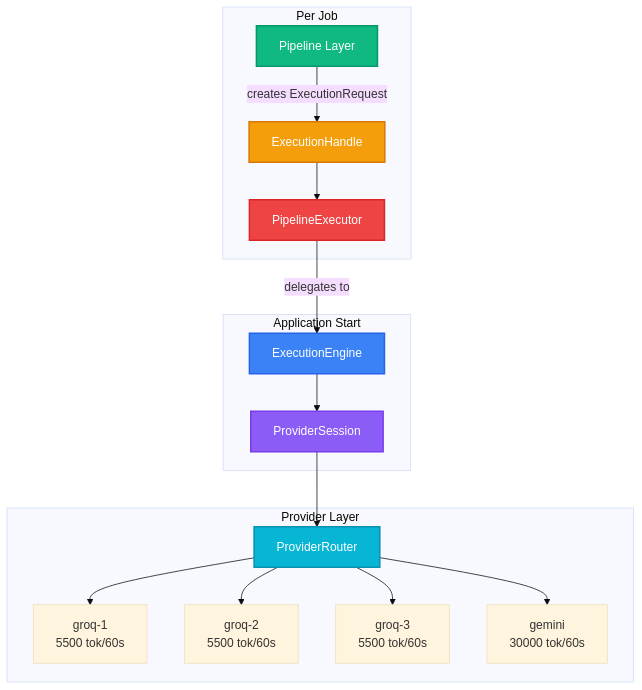
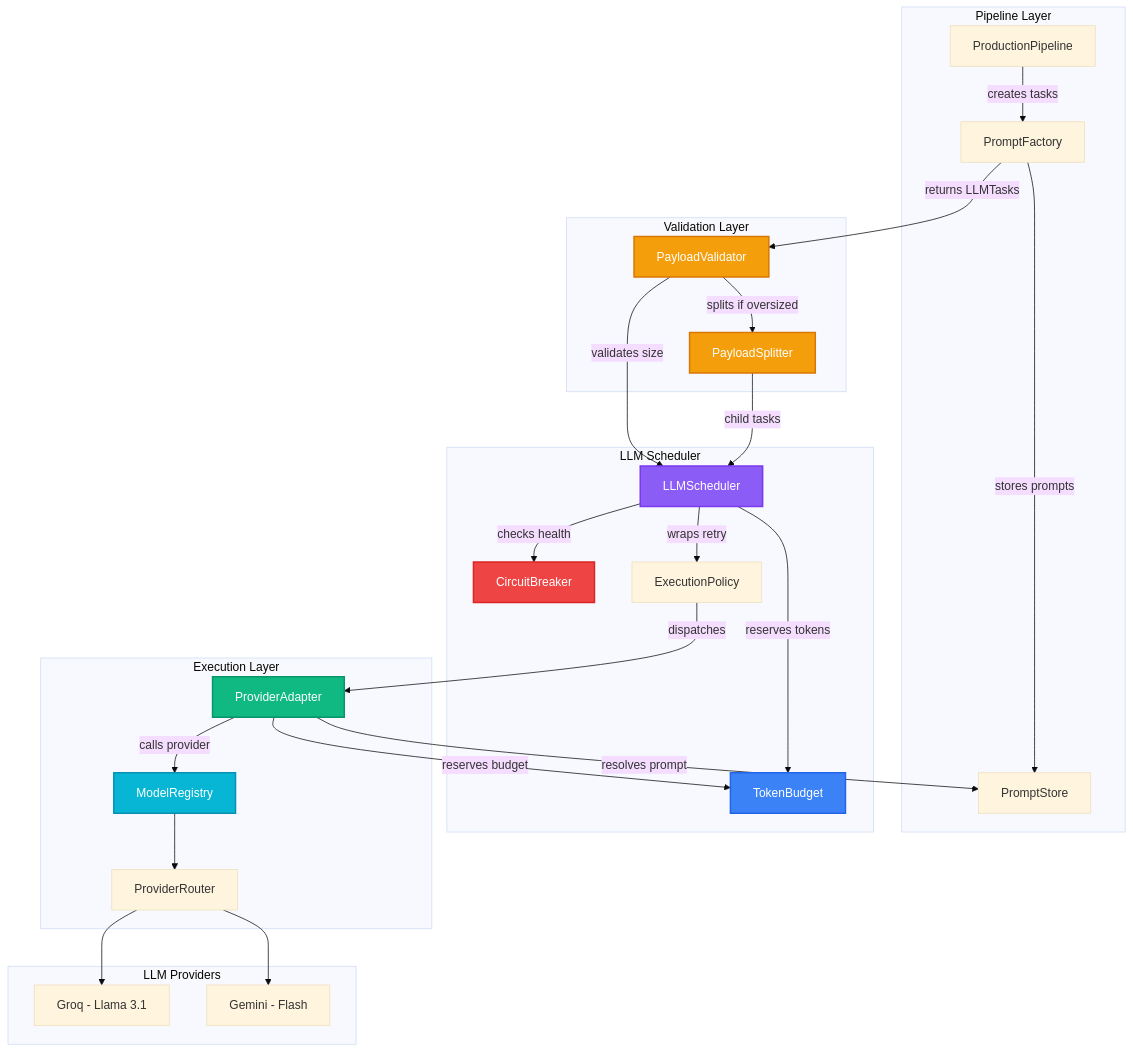
Before and after one commit to samm329-ui/Trimora_v2: the fifth of 15 diagrams in README.md, drawn with Mermaid (base theme). The commit also changed other lines of this file, not shown here.

Commit message:
Update README with LLM Scheduler architecture and fixed diagrams

````diff
--- a/README.md
+++ b/README.md
@@ -425,30 +442,56 @@
 ```mermaid
 flowchart TB
-    subgraph App ["Application Start"]
-        ENGINE["ExecutionEngine"]
-        SESSION["ProviderSession"]
-        ENGINE --> SESSION
+    subgraph Input["Pipeline Layer"]
+        PL["ProductionPipeline"]
+        PF["PromptFactory"]
+        PS2["PromptStore"]
     end
 
-    subgraph Pipeline ["Per Job"]
-        PL["Pipeline Layer"]
-        PL -->|"creates ExecutionRequest"| HANDLE["ExecutionHandle"]
-        HANDLE --> EXEC["PipelineExecutor"]
-        EXEC -->|"delegates to"| ENGINE
+    subgraph Validation["Validation Layer"]
+        PV["PayloadValidator"]
+        SPL["PayloadSplitter"]
     end
 
-    subgraph Providers ["Provider Layer"]
-        SESSION --> ROUTER["ProviderRouter"]
-        ROUTER --> GROQ1["groq-1\n5500 tok/60s"]
-        ROUTER --> GROQ2["groq-2\n5500 tok/60s"]
-        ROUTER --> GROQ3["groq-3\n5500 tok/60s"]
-        ROUTER --> GEMINI["gemini\n30000 tok/60s"]
+    subgraph Scheduler["LLM Scheduler"]
+        LS["LLMScheduler"]
+        TB2["TokenBudget"]
+        CB["CircuitBreaker"]
+        EP["ExecutionPolicy"]
     end
 
-    style ENGINE fill:#3b82f6,color:#fff,stroke:#2563eb,stroke-width:2px
-    style SESSION fill:#8b5cf6,color:#fff,stroke:#7c3aed,stroke-width:2px
-    style PL fill:#10b981,color:#fff,stroke:#059669,stroke-width:2px
-    style HANDLE fill:#f59e0b,color:#fff,stroke:#d97706,stroke-width:2px
-    style EXEC fill:#ef4444,color:#fff,stroke:#dc2626,stroke-width:2px
-    style ROUTER fill:#06b6d4,color:#fff,stroke:#0891b2,stroke-width:2px
+    subgraph Execution["Execution Layer"]
+        PA["ProviderAdapter"]
+        MR["ModelRegistry"]
+        PR["ProviderRouter"]
+    end
+
+    subgraph Providers["LLM Providers"]
+        GROQ3["Groq - Llama 3.1"]
+        GEMI["Gemini - Flash"]
+    end
+
+    PL -->|"creates tasks"| PF
+    PF -->|"stores prompts"| PS2
+    PF -->|"returns LLMTasks"| PV
+    PV -->|"validates size"| LS
+    PV -->|"splits if oversized"| SPL
+    SPL -->|"child tasks"| LS
+    LS -->|"reserves tokens"| TB2
+    LS -->|"checks health"| CB
+    LS -->|"wraps retry"| EP
+    EP -->|"dispatches"| PA
+    PA -->|"resolves prompt"| PS2
+    PA -->|"reserves budget"| TB2
+    PA -->|"calls provider"| MR
+    MR --> PR
+    PR --> GROQ3
+    PR --> GEMI
+
+    style LS fill:#8b5cf6,color:#fff,stroke:#7c3aed,stroke-width:2px
+    style TB2 fill:#3b82f6,color:#fff,stroke:#2563eb,stroke-width:2px
+    style CB fill:#ef4444,color:#fff,stroke:#dc2626,stroke-width:2px
+    style PV fill:#f59e0b,color:#fff,stroke:#d97706,stroke-width:2px
+    style SPL fill:#f59e0b,color:#fff,stroke:#d97706,stroke-width:2px
+    style PA fill:#10b981,color:#fff,stroke:#059669,stroke-width:2px
+    style MR fill:#06b6d4,color:#fff,stroke:#0891b2,stroke-width:2px
 ```
````
